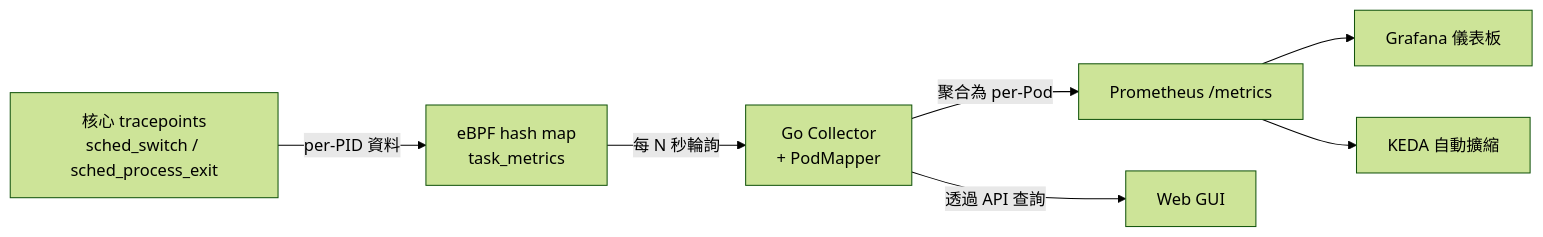
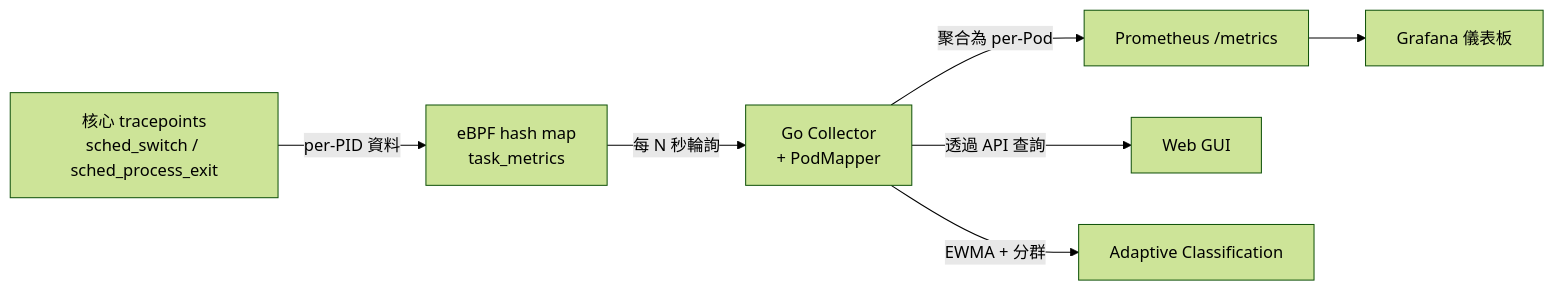
Before and after one commit to Gthulhu/docs: the diagram in docs/pod-metrics.zh.md, drawn with Mermaid (forest theme). The commit also changed other lines of this file and 5 other files, not shown here.

````diff
--- a/docs/pod-metrics.zh.md
+++ b/docs/pod-metrics.zh.md
@@ -11,9 +11,9 @@
 ```mermaid
 graph LR
     A[核心 tracepoints<br/>sched_switch / sched_process_exit] -->|per-PID 資料| B[eBPF hash map<br/>task_metrics]
     B -->|每 N 秒輪詢| C[Go Collector<br/>+ PodMapper]
     C -->|聚合為 per-Pod| D[Prometheus /metrics]
     D --> E[Grafana 儀表板]
-    D --> F[KEDA 自動擴縮]
-    C -->|透過 API 查詢| G[Web GUI]
+    C -->|透過 API 查詢| F[Web GUI]
+    C -->|EWMA + 分群| G[Adaptive Classification]
 ```
````
